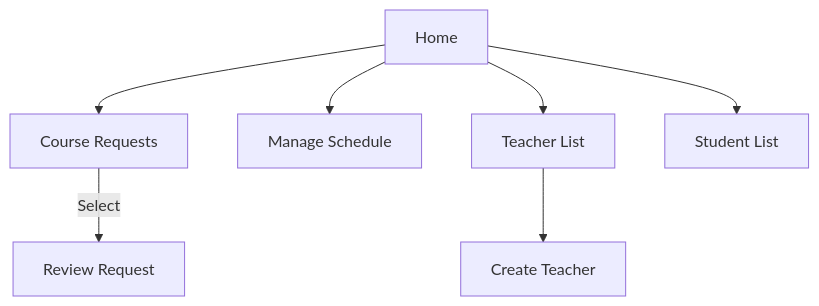
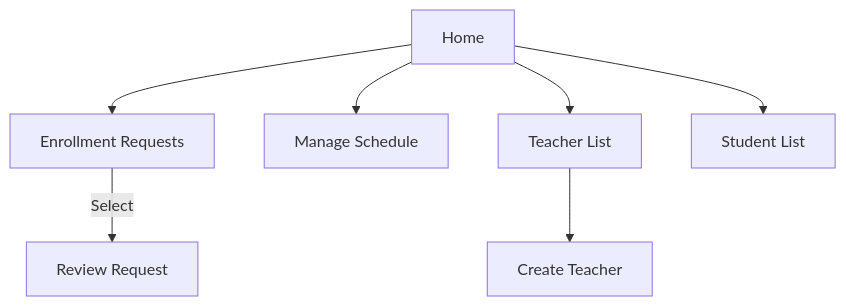
Before and after one commit to SaluteKevin/AQkid: the second of 4 diagrams in Design/views/page-flow.md, drawn with Mermaid.

Commit message:
Fix page flow

````diff
--- a/Design/views/page-flow.md
+++ b/Design/views/page-flow.md
@@ -18,15 +18,15 @@
 ```mermaid
 flowchart TD
 
     staffHome[Home]
 
-    staffHome --> courseRequestIndex[Course Requests] -- Select --> courseRequestShow[Review Request]
+    staffHome --> enrollmentRequestIndex[Enrollment Requests] -- Select --> courseRequestShow[Review Request]
 
     staffHome --> scheduleEdit[Manage Schedule]
 
     staffHome --> teacherIndex[Teacher List]
 
     teacherIndex --> teacherCreate[Create Teacher]
 
     staffHome --> studentIndex[Student List]
 ```
````
